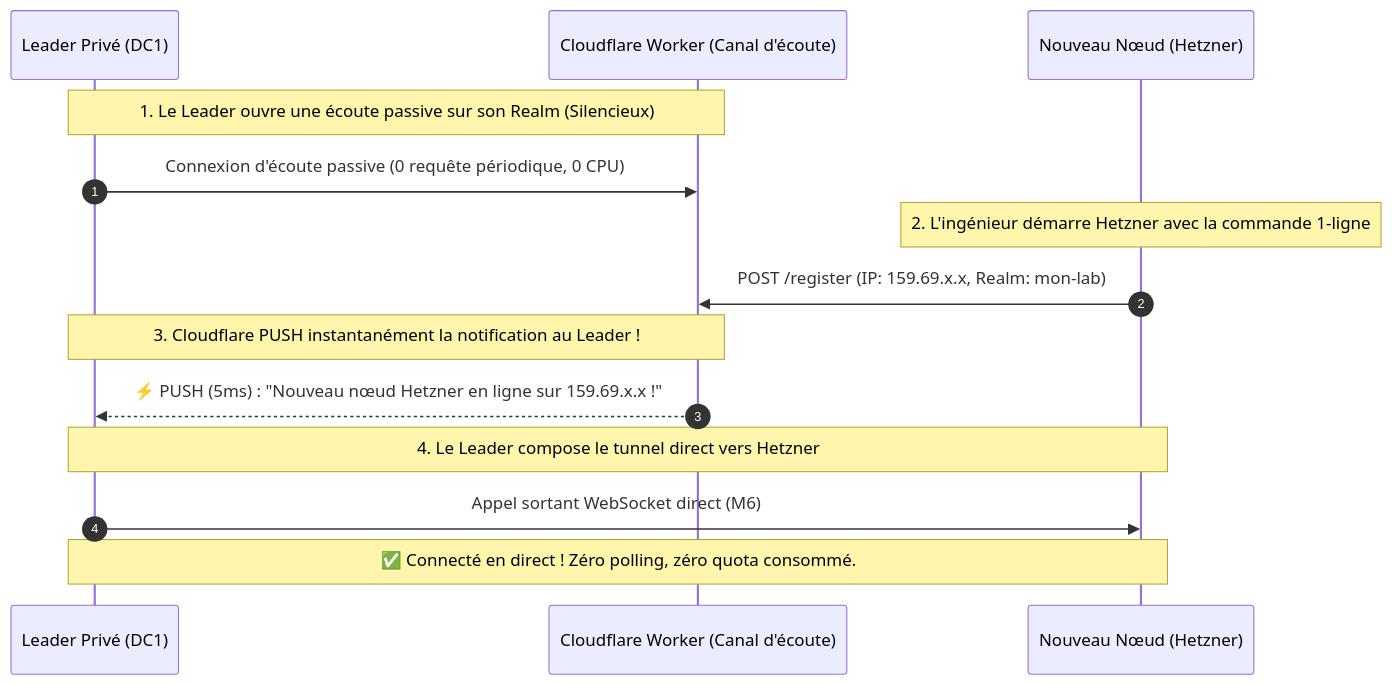
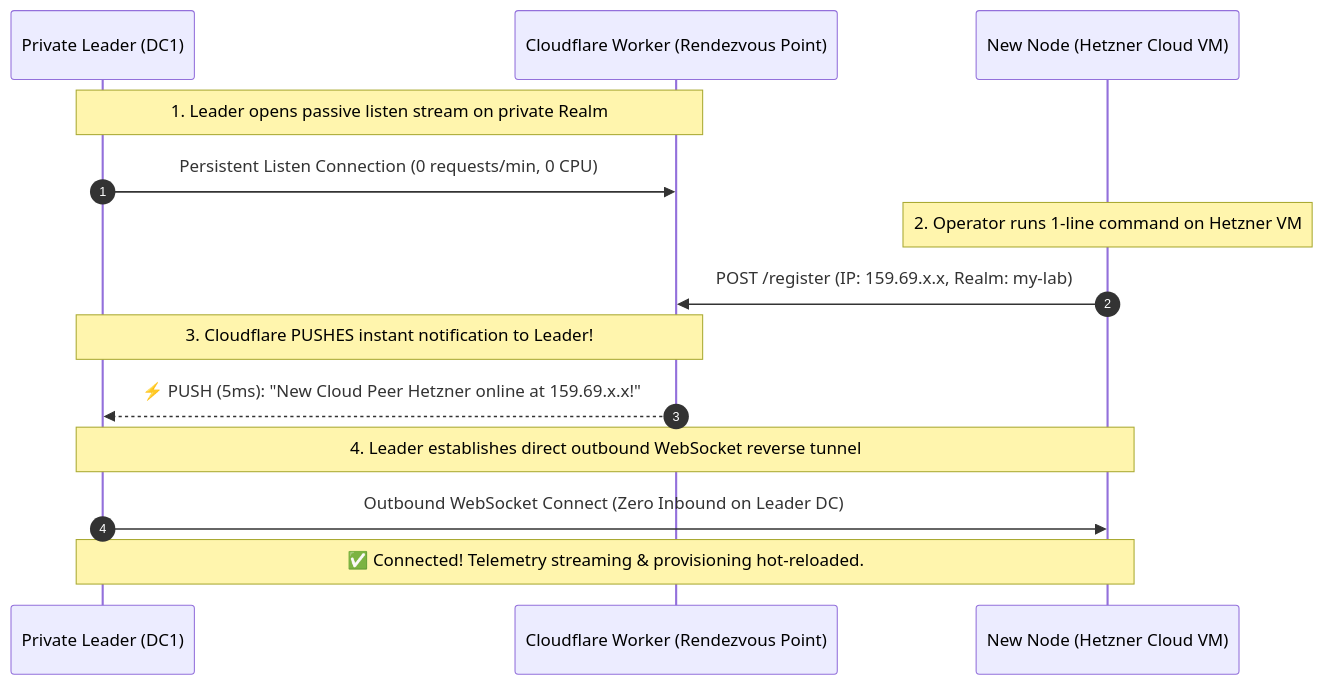
The diagram in PRD/PRD_MAGIC_JOIN_UNIVERSAL_ONBOARDING.md (jsuzanne/stigix), drawn with Mermaid before and after one commit. The commit also changed other lines of this file and 1 other file, not shown here.

````diff
--- a/PRD/PRD_MAGIC_JOIN_UNIVERSAL_ONBOARDING.md
+++ b/PRD/PRD_MAGIC_JOIN_UNIVERSAL_ONBOARDING.md
@@ -104,20 +87,20 @@
 ```mermaid
 sequenceDiagram
     autonumber
-    participant DC1 as Leader Privé (DC1)
-    participant CF as Cloudflare Worker (Canal d'écoute)
-    participant HZ as Nouveau Nœud (Hetzner)
+    participant DC1 as Private Leader (DC1)
+    participant CF as Cloudflare Worker (Rendezvous Point)
+    participant HZ as New Node (Hetzner Cloud VM)
 
-    Note over DC1,CF: 1. Le Leader ouvre une écoute passive sur son Realm (Silencieux)
-    DC1->>CF: Connexion d'écoute passive (0 requête périodique, 0 CPU)
+    Note over DC1,CF: 1. Leader opens passive listen stream on private Realm
+    DC1->>CF: Persistent Listen Connection (0 requests/min, 0 CPU)
 
-    Note over HZ: 2. L'ingénieur démarre Hetzner avec la commande 1-ligne
-    HZ->>CF: POST /register (IP: 159.69.x.x, Realm: mon-lab)
+    Note over HZ: 2. Operator runs 1-line command on Hetzner VM
+    HZ->>CF: POST /register (IP: 159.69.x.x, Realm: my-lab)
 
-    Note over CF,DC1: 3. Cloudflare PUSH instantanément la notification au Leader !
-    CF-->>DC1: ⚡ PUSH (5ms) : "Nouveau nœud Hetzner en ligne sur 159.69.x.x !"
+    Note over CF,DC1: 3. Cloudflare PUSHES instant notification to Leader!
+    CF-->>DC1: ⚡ PUSH (5ms): "New Cloud Peer Hetzner online at 159.69.x.x!"
 
-    Note over DC1,HZ: 4. Le Leader compose le tunnel direct vers Hetzner
-    DC1->>HZ: Appel sortant WebSocket direct (M6)
-    Note over DC1,HZ: ✅ Connecté en direct ! Zéro polling, zéro quota consommé.
+    Note over DC1,HZ: 4. Leader establishes direct outbound WebSocket reverse tunnel
+    DC1->>HZ: Outbound WebSocket Connect (Zero Inbound on Leader DC)
+    Note over DC1,HZ: ✅ Connected! Telemetry streaming & provisioning hot-reloaded.
 ```
````
